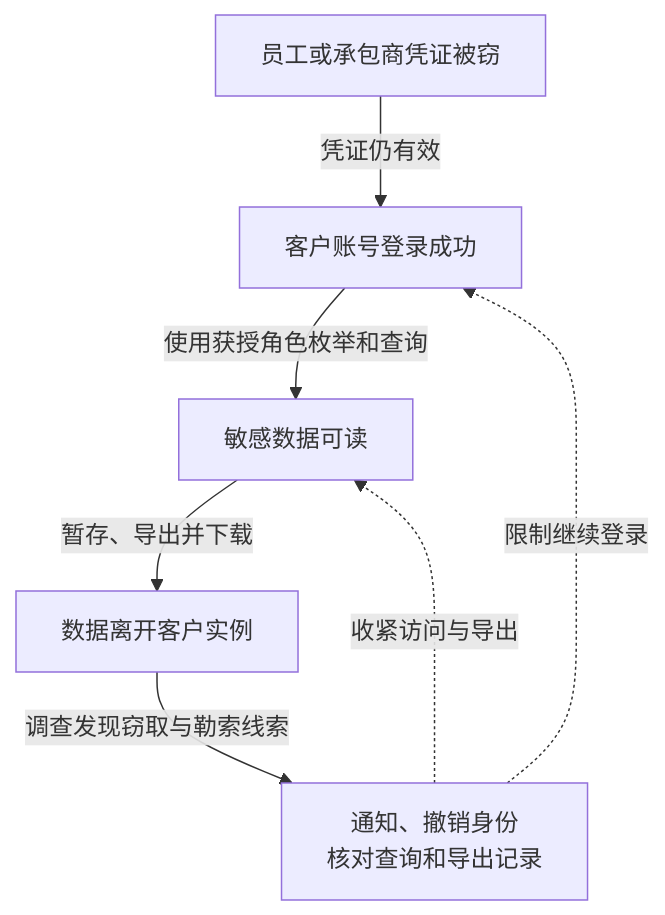
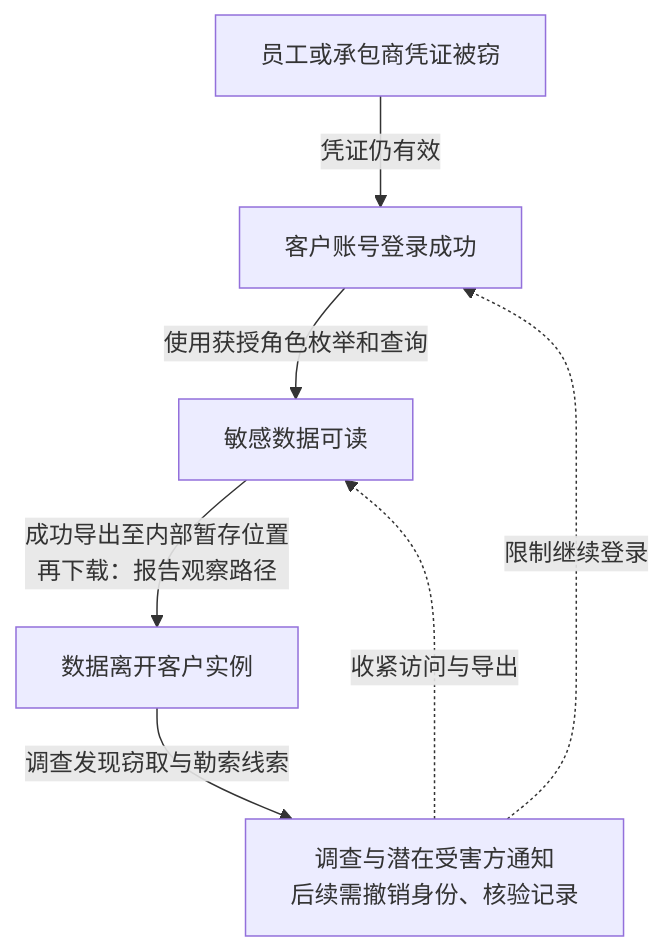
One commit to FeeiCN/FEEI.CN changed the diagram in docs/01-网络安全/01-网络空间安全/01-安全威胁/01-历史攻击事件/2024-Snowflake客户实例数据窃取事件分析.md. Above: the diagram before and after it, drawn with Mermaid. The commit also changed other lines of this file and 11 other files, not shown here.

````diff
--- a/docs/01-网络安全/01-网络空间安全/01-安全威胁/01-历史攻击事件/2024-Snowflake客户实例数据窃取事件分析.md
+++ b/docs/01-网络安全/01-网络空间安全/01-安全威胁/01-历史攻击事件/2024-Snowflake客户实例数据窃取事件分析.md
@@ -27,13 +27,13 @@
 ```mermaid
 flowchart TB
   accTitle: 历史凭证如何转化为数据导出能力
   accDescr: 窃密软件取得客户凭证，攻击者利用仍有效且缺少额外登录约束的账号进入实例，借角色查询、暂存和导出数据。调查通知与实际外传需要分别判断，响应包括身份撤销与数据范围核对。
   a["员工或承包商凭证被窃"] -->|凭证仍有效| b["客户账号登录成功"]
   b -->|使用获授角色枚举和查询| c["敏感数据可读"]
-  c -->|暂存、导出并下载| d["数据离开客户实例"]
-  d -->|调查发现窃取与勒索线索| r["通知、撤销身份<br/>核对查询和导出记录"]
+  c -->|成功导出至内部暂存位置<br/>再下载：报告观察路径| d["数据离开客户实例"]
+  d -->|调查发现窃取与勒索线索| r["调查与潜在受害方通知<br/>后续需撤销身份、核验记录"]
   r -. 限制继续登录 .-> b
   r -. 收紧访问与导出 .-> c
   class a,b,c,d main
   class r response
 ```
````
